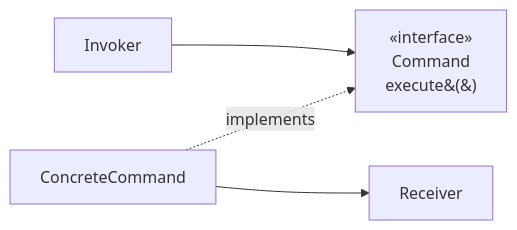
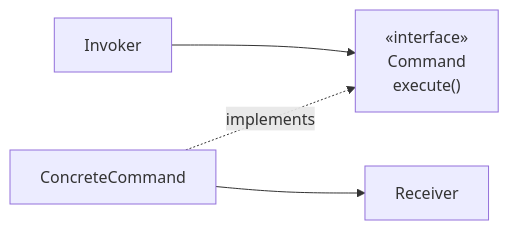
Before and after one commit to oadcavalcante/software-architecture-mastery: the diagram in i18n/en-US/docusaurus-plugin-content-docs/current/03-design-patterns/command.md, drawn with Mermaid. The commit also changed 27 other files, not shown here.

First line of the commit message:
diagramas: parenteses renderizando como &(&) e largura ilegivel no telefone

````diff
--- a/i18n/en-US/docusaurus-plugin-content-docs/current/03-design-patterns/command.md
+++ b/i18n/en-US/docusaurus-plugin-content-docs/current/03-design-patterns/command.md
@@ -47,6 +47,6 @@
 ```mermaid
 graph LR
-  I[Invoker] --> C["«interface»<br/>Command<br/>execute&#40;&#41;"]
+  I[Invoker] --> C["«interface»<br/>Command<br/>execute()"]
   CC[ConcreteCommand] -.implements.-> C
   CC --> R[Receiver]
 ```
````
